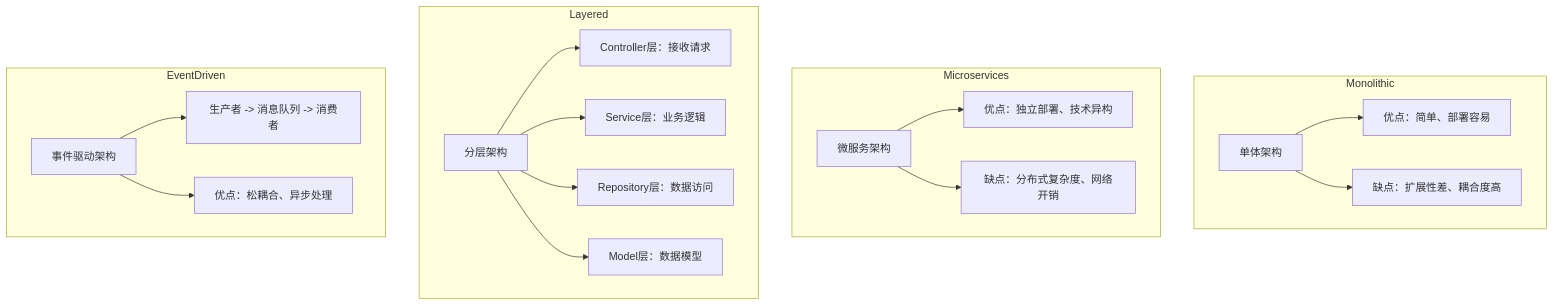
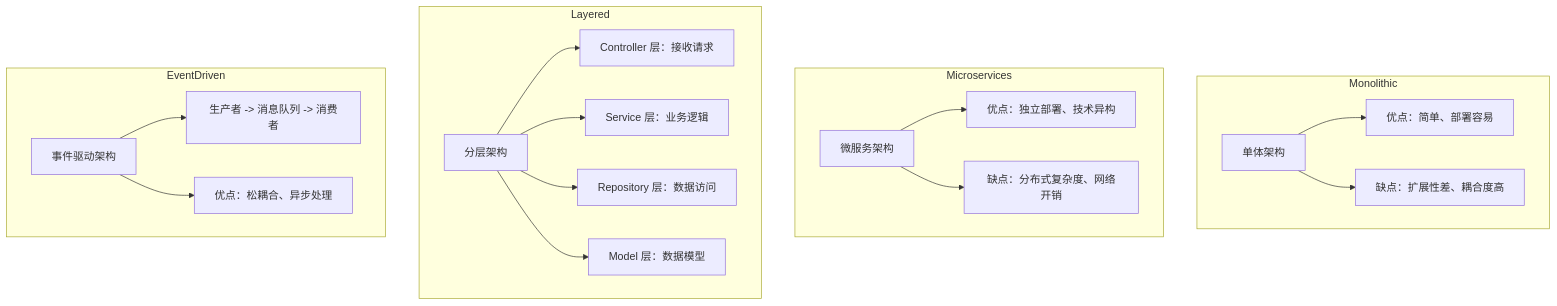
The first of 3 diagrams in 05_ComputerScience/EngineeringDevelopment/WebDevelopment/前端框架与后端架构.md (Tianshang301/TianshangKnowledgeBase), drawn with Mermaid before and after one commit. The commit also changed other lines of this file and 2257 other files, not shown here.

````diff
--- a/05_ComputerScience/EngineeringDevelopment/WebDevelopment/前端框架与后端架构.md
+++ b/05_ComputerScience/EngineeringDevelopment/WebDevelopment/前端框架与后端架构.md
@@ -132,21 +132,21 @@
 ```mermaid
 graph TD
     subgraph Monolithic
         A1[单体架构] --> A2[优点：简单、部署容易]
         A1 --> A3[缺点：扩展性差、耦合度高]
     end
     subgraph Microservices
         B1[微服务架构] --> B2[优点：独立部署、技术异构]
         B1 --> B3[缺点：分布式复杂度、网络开销]
     end
     subgraph Layered
-        C1[分层架构] --> C2[Controller层：接收请求]
-        C1 --> C3[Service层：业务逻辑]
-        C1 --> C4[Repository层：数据访问]
-        C1 --> C5[Model层：数据模型]
+        C1[分层架构] --> C2[Controller 层：接收请求]
+        C1 --> C3[Service 层：业务逻辑]
+        C1 --> C4[Repository 层：数据访问]
+        C1 --> C5[Model 层：数据模型]
     end
     subgraph EventDriven
         D1[事件驱动架构] --> D2[生产者 -> 消息队列 -> 消费者]
         D1 --> D3[优点：松耦合、异步处理]
     end
 ```
````
